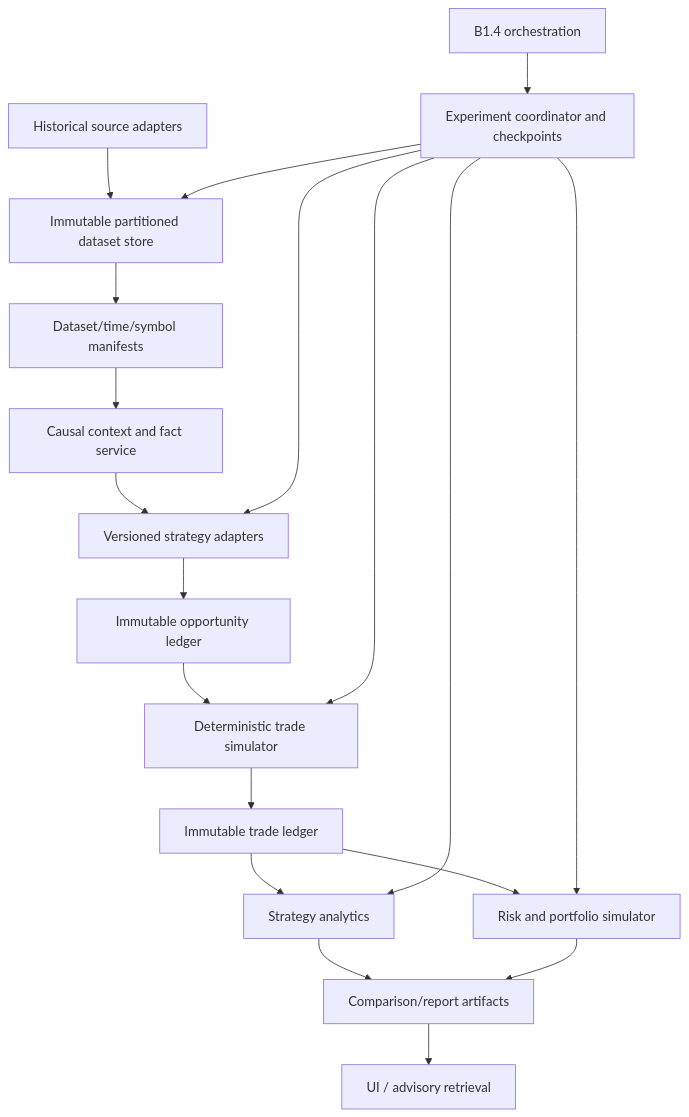
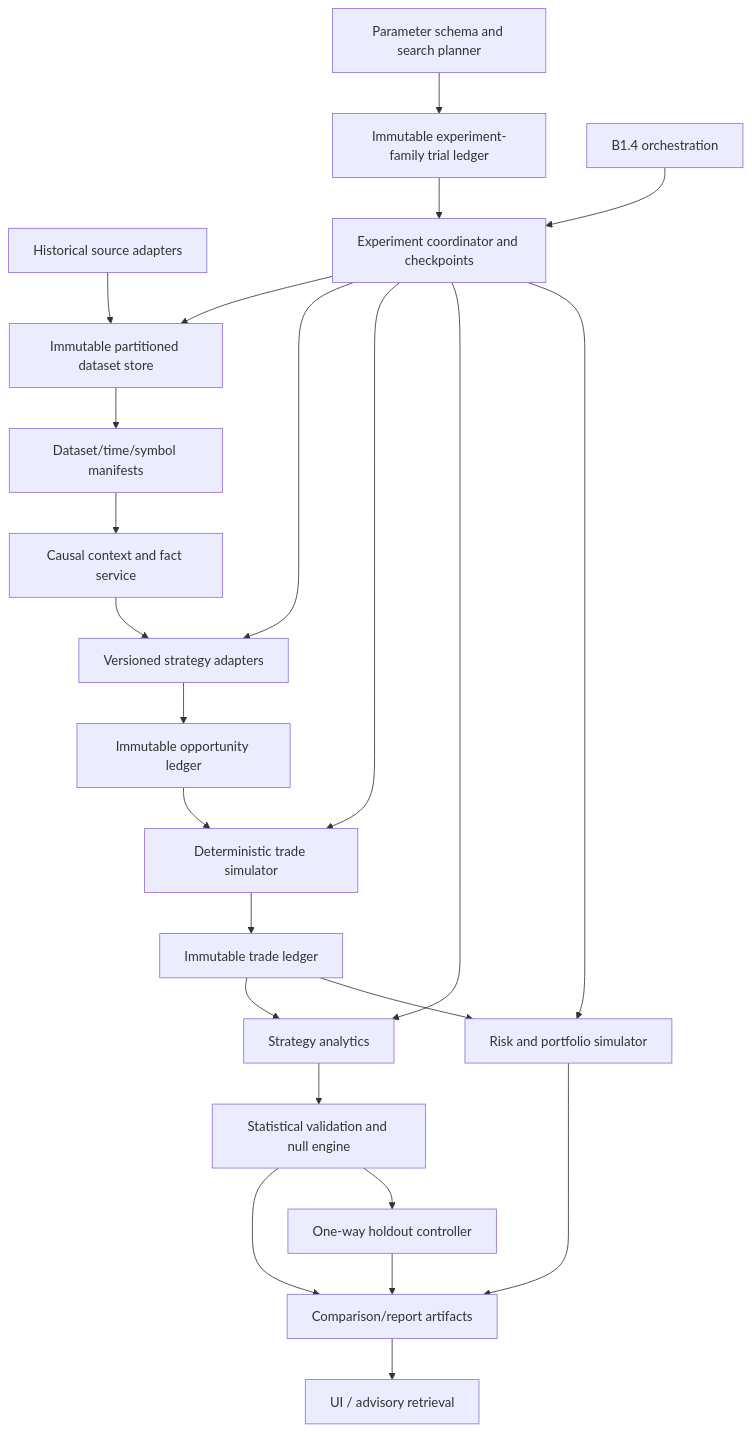
One commit to andreduval-png/gotrader-lab changed the diagram in docs/gotrader-backtest/bt0-recommended-architecture.md. Above: the diagram before and after it, drawn with Mermaid. The commit also changed other lines of this file and 8 other files, not shown here.

Commit message:
Add BT0 parameter search audit addendum

````diff
--- a/docs/gotrader-backtest/bt0-recommended-architecture.md
+++ b/docs/gotrader-backtest/bt0-recommended-architecture.md
@@ -11,21 +11,26 @@
 ```mermaid
 flowchart TB
   A["Historical source adapters"] --> B["Immutable partitioned dataset store"]
   B --> C["Dataset/time/symbol manifests"]
   C --> D["Causal context and fact service"]
   D --> E["Versioned strategy adapters"]
   E --> F["Immutable opportunity ledger"]
   F --> G["Deterministic trade simulator"]
   G --> H["Immutable trade ledger"]
   H --> I["Strategy analytics"]
   H --> J["Risk and portfolio simulator"]
-  I --> K["Comparison/report artifacts"]
+  I --> S["Statistical validation and null engine"]
+  S --> K["Comparison/report artifacts"]
   J --> K
+  P["Parameter schema and search planner"] --> Q["Immutable experiment-family trial ledger"]
+  Q --> L
+  S --> R["One-way holdout controller"]
+  R --> K
   L["Experiment coordinator and checkpoints"] --> B
   L --> E
   L --> G
   L --> I
   L --> J
   M["B1.4 orchestration"] --> L
   K --> N["UI / advisory retrieval"]
 ```
````
